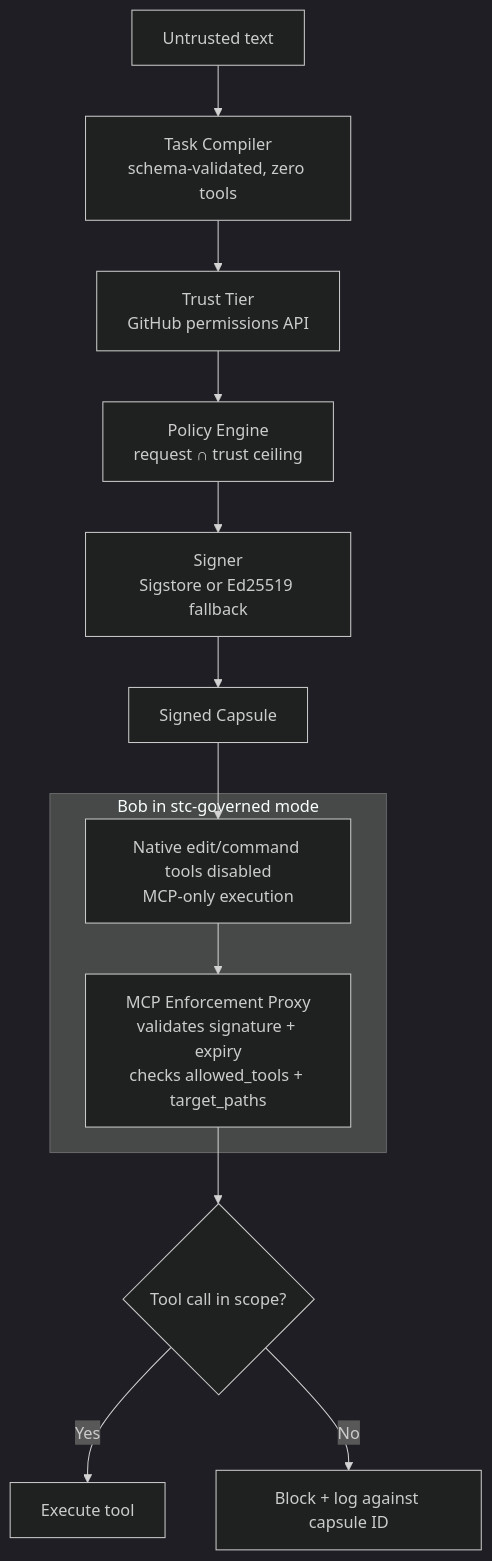
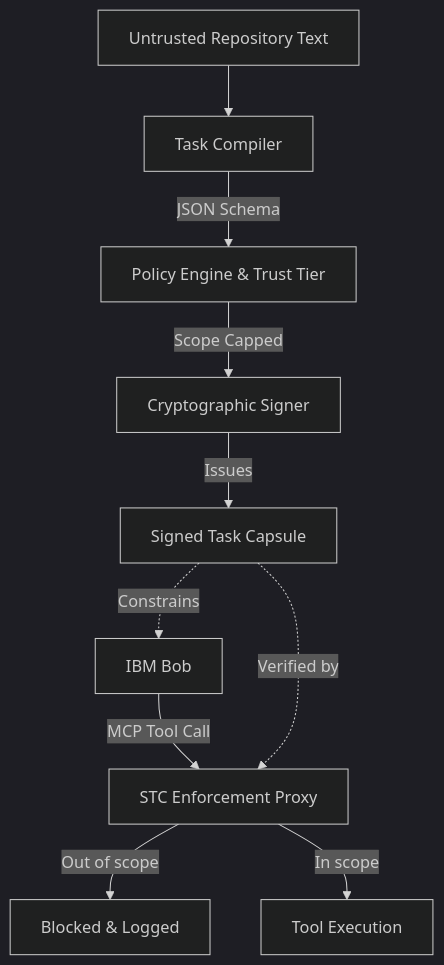
Before and after one commit to Aprameya-Chaubey/signed-task-capsules: the diagram in README.md, drawn with Mermaid (dark theme).

Commit message:
Revise flowchart in README for clarity

````diff
--- a/README.md
+++ b/README.md
@@ -25,19 +25,15 @@
 ```mermaid
 flowchart TD
-    A[Untrusted text] --> B[Task Compiler<br/>schema-validated, zero tools]
-    B --> C[Trust Tier<br/>GitHub permissions API]
-    C --> D[Policy Engine<br/>request ∩ trust ceiling]
-    D --> E[Signer<br/>Sigstore or Ed25519 fallback]
-    E --> F[Signed Capsule]
-
-    subgraph Bob[Bob in stc-governed mode]
-        G[Native edit/command tools disabled<br/>MCP-only execution]
-        H[MCP Enforcement Proxy<br/>validates signature + expiry<br/>checks allowed_tools + target_paths]
-    end
-
-    F --> G
-    G --> H
-    H --> I{Tool call in scope?}
-    I -->|Yes| J[Execute tool]
-    I -->|No| K[Block + log against capsule ID]
+    Text[Untrusted Repository Text] --> Compiler[Task Compiler]
+    Compiler -->|JSON Schema| Policy[Policy Engine & Trust Tier]
+    Policy -->|Scope Capped| Signer[Cryptographic Signer]
+    Signer -->|Issues| Capsule[Signed Task Capsule]
+    
+    Capsule -.->|Constrains| Agent[IBM Bob]
+    
+    Agent -->|MCP Tool Call| Proxy[STC Enforcement Proxy]
+    Capsule -.->|Verified by| Proxy
+    
+    Proxy -->|Out of scope| Block[Blocked & Logged]
+    Proxy -->|In scope| Allow[Tool Execution]
 ```
````
